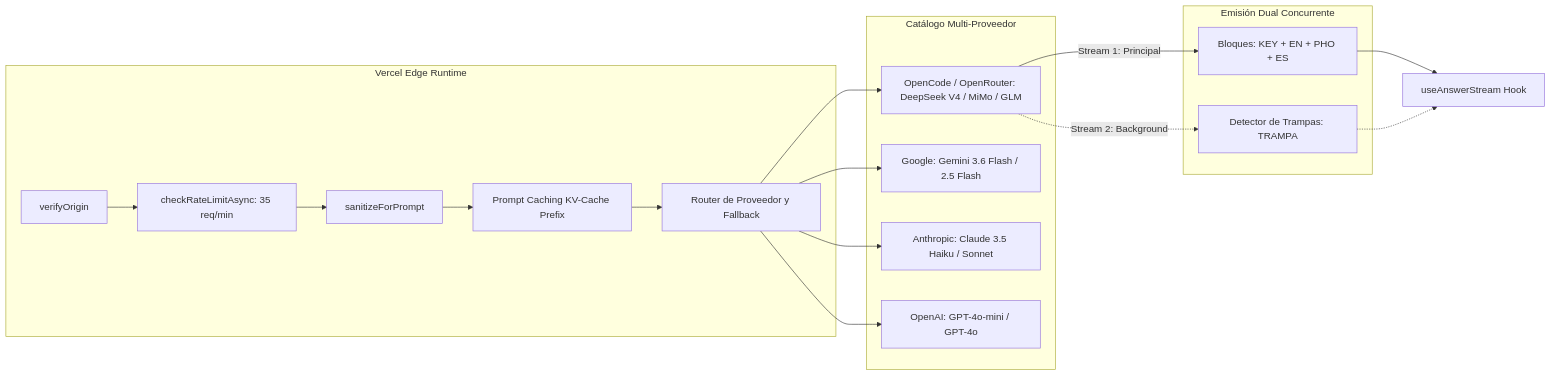
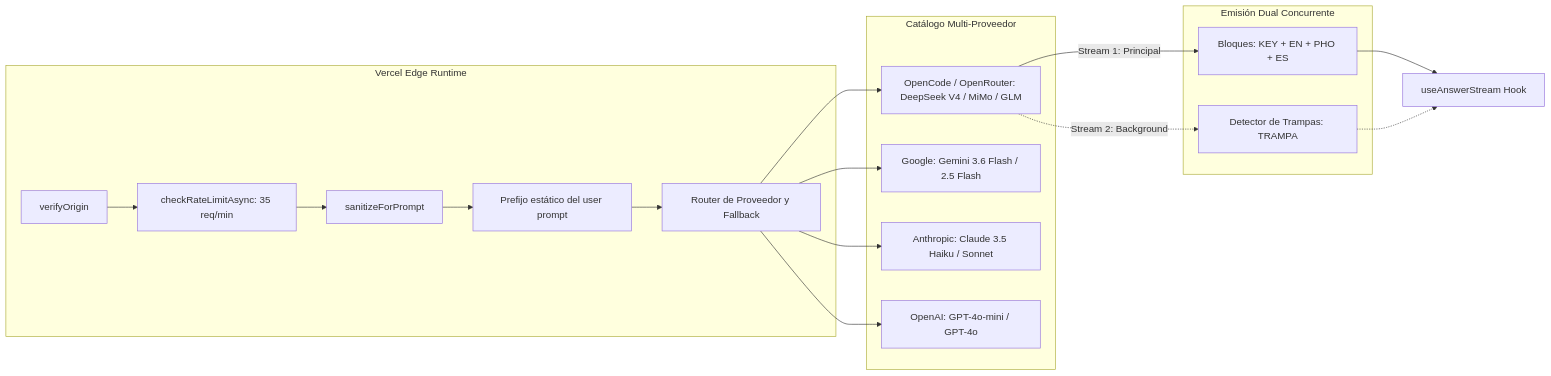
Before and after one commit to Fernandofarfan/Loro-Copilot: the third of 3 diagrams in docs/ARCHITECTURE.md, drawn with Mermaid. The commit also changed other lines of this file and 10 other files, not shown here.

````diff
--- a/docs/ARCHITECTURE.md
+++ b/docs/ARCHITECTURE.md
@@ -212,24 +228,24 @@
 ```mermaid
 graph LR
     subgraph Edge_Runtime [Vercel Edge Runtime]
         V[verifyOrigin] --> R[checkRateLimitAsync: 35 req/min]
         R --> S[sanitizeForPrompt]
-        S --> C[Prompt Caching KV-Cache Prefix]
+        S --> C[Prefijo estático del user prompt]
         C --> M[Router de Proveedor y Fallback]
     end
 
     subgraph Red_Modelos [Catálogo Multi-Proveedor]
         M --> P1[OpenCode / OpenRouter: DeepSeek V4 / MiMo / GLM]
         M --> P2[Google: Gemini 3.6 Flash / 2.5 Flash]
         M --> P3[Anthropic: Claude 3.5 Haiku / Sonnet]
         M --> P4[OpenAI: GPT-4o-mini / GPT-4o]
     end
 
     subgraph Dual_Stream [Emisión Dual Concurrente]
         P1 -->|Stream 1: Principal| S1[Bloques: KEY + EN + PHO + ES]
         P1 -.->|Stream 2: Background| S2[Detector de Trampas: TRAMPA]
     end
 
     S1 --> Client[useAnswerStream Hook]
     S2 -.-> Client
 ```
````
